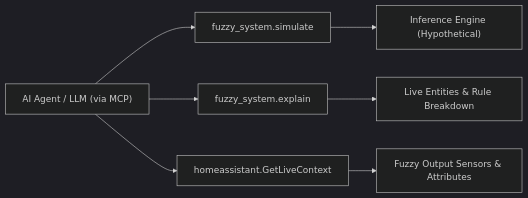
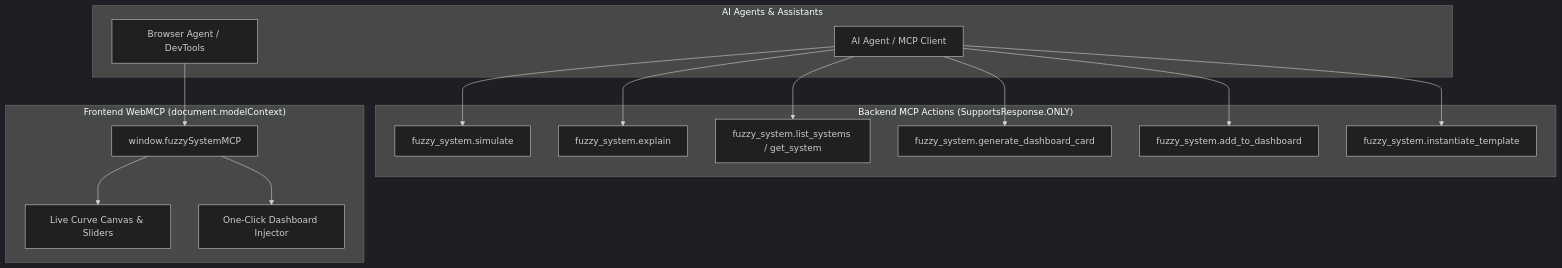
Before and after one commit to dougransom/fuzzy_system: the fourth of 5 diagrams in README.md, drawn with Mermaid (dark theme). The commit also changed other lines of this file and 12 other files, not shown here.

First line of the commit message:
feat(mcp): add Home Assistant MCP services, WebMCP provider, and dashboard synthesis

````diff
--- a/README.md
+++ b/README.md
@@ -150,10 +213,33 @@
 ```mermaid
-graph LR
-    Agent["AI Agent / LLM (via MCP)"] --> ActionSim["fuzzy_system.simulate"]
-    Agent --> ActionExp["fuzzy_system.explain"]
-    Agent --> Context["homeassistant.GetLiveContext"]
+graph TD
+    subgraph Agents["AI Agents & Assistants"]
+        MCPClient["AI Agent / MCP Client"]
+        WebMCPAgent["Browser Agent / DevTools"]
+    end
 
-    ActionSim --> Engine["Inference Engine (Hypothetical)"]
-    ActionExp --> Live["Live Entities & Rule Breakdown"]
-    Context --> Sensors["Fuzzy Output Sensors & Attributes"]
+    subgraph BackendMCP["Backend MCP Actions (SupportsResponse.ONLY)"]
+        ActionSim["fuzzy_system.simulate"]
+        ActionExp["fuzzy_system.explain"]
+        ActionList["fuzzy_system.list_systems / get_system"]
+        ActionDash["fuzzy_system.generate_dashboard_card"]
+        ActionAddDash["fuzzy_system.add_to_dashboard"]
+        ActionTmpl["fuzzy_system.instantiate_template"]
+    end
+
+    subgraph FrontendWebMCP["Frontend WebMCP (document.modelContext)"]
+        WebMCPCtx["window.fuzzySystemMCP"]
+        LiveCanvas["Live Curve Canvas & Sliders"]
+        DashModal["One-Click Dashboard Injector"]
+    end
+
+    MCPClient --> ActionSim
+    MCPClient --> ActionExp
+    MCPClient --> ActionList
+    MCPClient --> ActionDash
+    MCPClient --> ActionAddDash
+    MCPClient --> ActionTmpl
+
+    WebMCPAgent --> WebMCPCtx
+    WebMCPCtx --> LiveCanvas
+    WebMCPCtx --> DashModal
 ```
````
